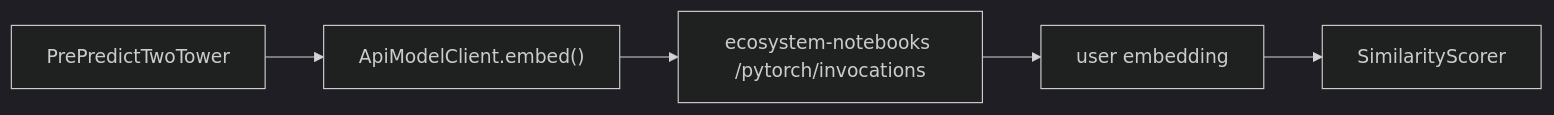
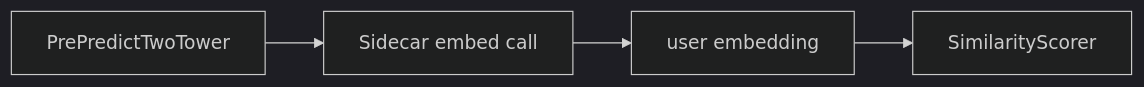
One commit to ecogenetic/ecosystem.ai changed the diagram in content/docs/modules/two_tower/pytorch.mdx. Above: the diagram before and after it, drawn with Mermaid (dark theme). The commit also changed other lines of this file and 9 other files, not shown here.

First line of the commit message:
docs: fix sitemap static route and Two-Tower IP cleanup (#106)

````diff
--- a/content/docs/modules/two_tower/pytorch.mdx
+++ b/content/docs/modules/two_tower/pytorch.mdx
@@ -61,7 +59,6 @@
 ```mermaid
 flowchart LR
-  pre["PrePredictTwoTower"] --> embed["ApiModelClient.embed()"]
-  embed --> sidecar["ecosystem-notebooks /pytorch/invocations"]
-  sidecar --> vec["user embedding"]
+  pre["PrePredictTwoTower"] --> embed["Sidecar embed call"]
+  embed --> vec["user embedding"]
   vec --> sim["SimilarityScorer"]
 ```
````
